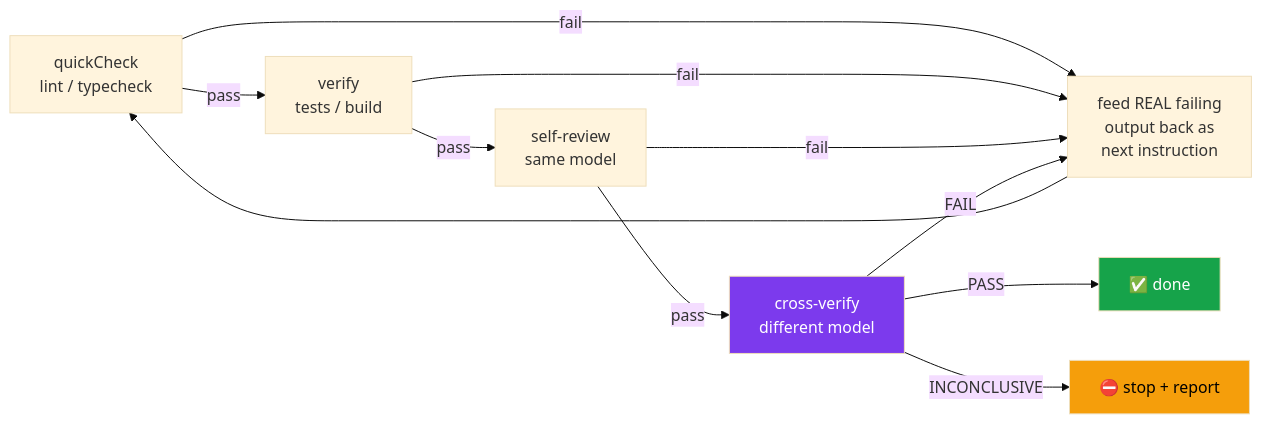
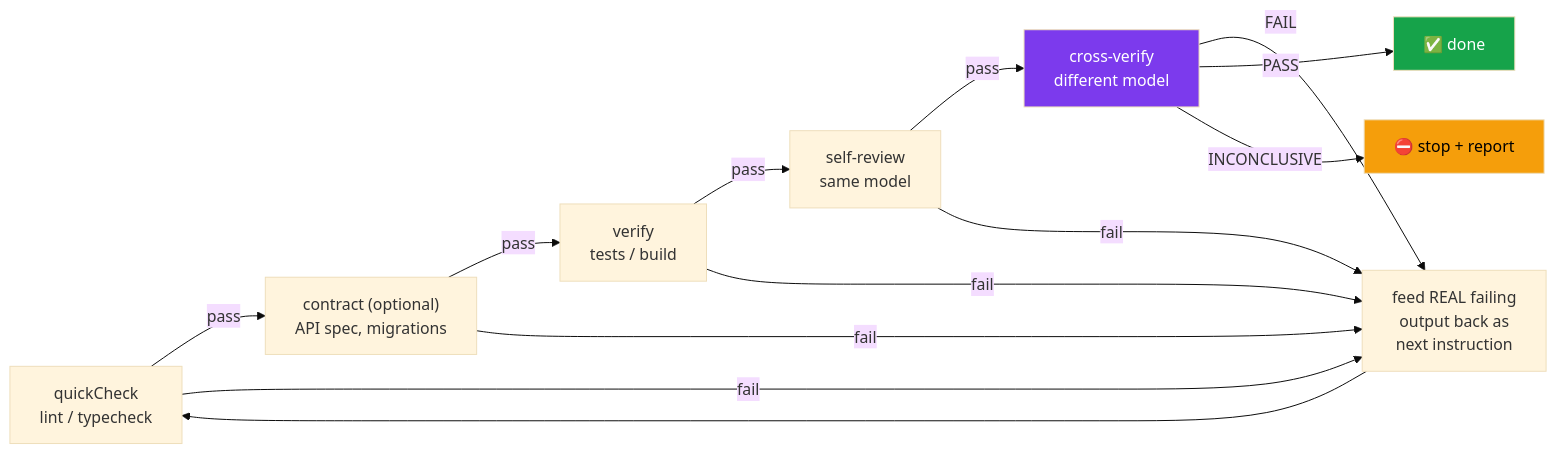
One commit to Hoya324/oh-my-harness changed the second of 2 diagrams in docs/loop.md. Above: the diagram before and after it, drawn with Mermaid (base theme). The commit also changed other lines of this file and 18 other files, not shown here.

````diff
--- a/docs/loop.md
+++ b/docs/loop.md
@@ -157,16 +160,18 @@
 ```mermaid
 graph LR
-    Q["quickCheck<br/>lint / typecheck"] -->|pass| V["verify<br/>tests / build"]
+    Q["quickCheck<br/>lint / typecheck"] -->|pass| C["contract (optional)<br/>API spec, migrations"]
+    C -->|pass| V["verify<br/>tests / build"]
+    C -->|fail| FB
     V -->|pass| S["self-review<br/>same model"]
     S -->|pass| X["cross-verify<br/>different model"]
     Q -->|fail| FB["feed REAL failing<br/>output back as<br/>next instruction"]
     V -->|fail| FB
     S -->|fail| FB
     X -->|FAIL| FB
     X -->|PASS| DONE["✅ done"]
     X -->|INCONCLUSIVE| STOP["⛔ stop + report"]
     FB --> Q
     style X fill:#7C3AED,color:#fff
     style DONE fill:#16a34a,color:#fff
     style STOP fill:#f59e0b,color:#000
 ```
````
